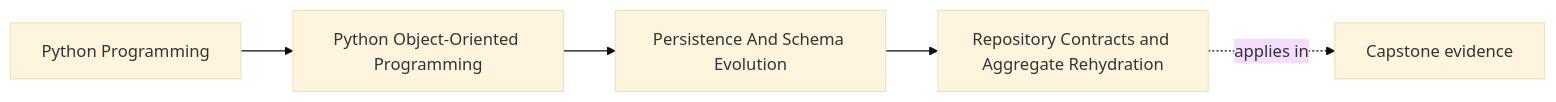
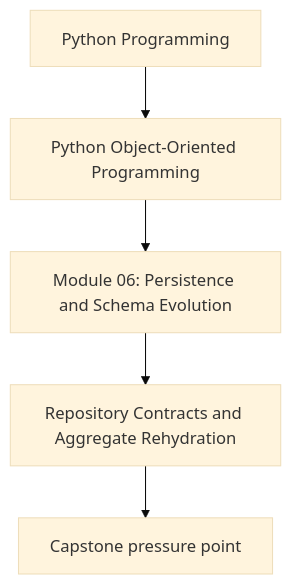
One commit to bijux/bijux-masterclass changed the first of 2 diagrams in programs/python-programming/python-object-oriented-programming/course-book/module-06-persistence-and-schema-evolution/repository-contracts-and-aggregate-rehydration.md. Above: the diagram before and after it, drawn with Mermaid (base theme). The commit also changed other lines of this file and 107 other files, not shown here.

Commit message:
docs(python-object-oriented-programming): align concept page diagrams

````diff
--- a/programs/python-programming/python-object-oriented-programming/course-book/module-06-persistence-and-schema-evolution/repository-contracts-and-aggregate-rehydration.md
+++ b/programs/python-programming/python-object-oriented-programming/course-book/module-06-persistence-and-schema-evolution/repository-contracts-and-aggregate-rehydration.md
@@ -7,11 +7,7 @@
 ```mermaid
-graph LR
-  family["Python Programming"]
-  program["Python Object-Oriented Programming"]
-  section["Persistence And Schema Evolution"]
-  page["Repository Contracts and Aggregate Rehydration"]
-  capstone["Capstone evidence"]
-
-  family --> program --> section --> page
-  page -.applies in.-> capstone
+flowchart TD
+  family["Python Programming"] --> program["Python Object-Oriented Programming"]
+  program --> module["Module 06: Persistence and Schema Evolution"]
+  module --> concept["Repository Contracts and Aggregate Rehydration"]
+  concept --> capstone["Capstone pressure point"]
 ```
````
